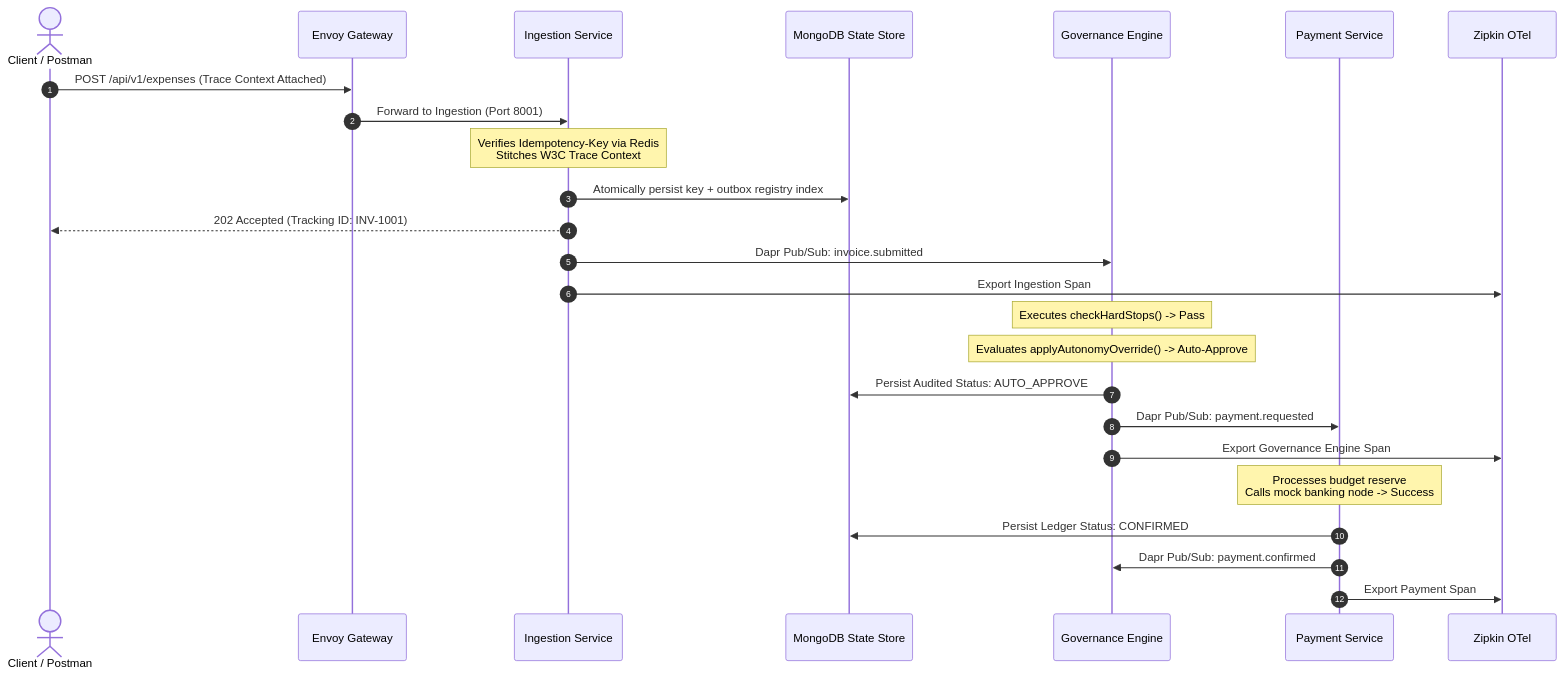
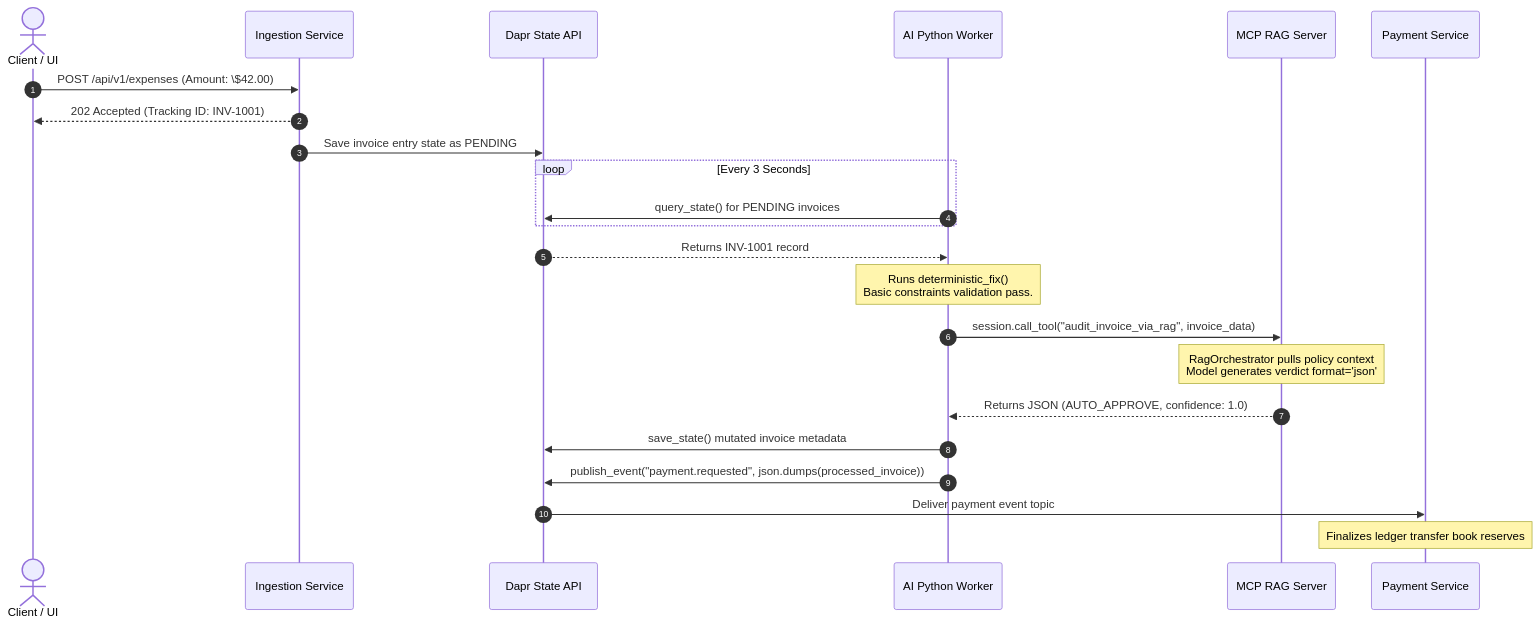
One commit to roman-shneer/InvoiceApprovalFlow changed the second of 4 diagrams in docs/ARCHITECTURE.md. Above: the diagram before and after it, drawn with Mermaid. The commit also changed other lines of this file and 16 other files, not shown here.

First line of the commit message:
feat(ai-service): migrate to qwen2.5-coder, integrate dapr state query and fix mcp runtime pipeline

````diff
--- a/docs/ARCHITECTURE.md
+++ b/docs/ARCHITECTURE.md
@@ -67,32 +62,30 @@
 ```mermaid
 sequenceDiagram
     autonumber
-    actor Client as Client / Postman
-    participant Envoy as Envoy Gateway
+    actor Client as Client / UI
     participant IS as Ingestion Service
-    participant DB as MongoDB State Store
-    participant GS as Governance Engine
+    participant Dapr as Dapr State API
+    participant AW as AI Python Worker
+    participant MS as MCP RAG Server
     participant PS as Payment Service
-    participant ZK as Zipkin OTel
 
-    Client->>Envoy: POST /api/v1/expenses (Trace Context Attached)
-    Envoy->>IS: Forward to Ingestion (Port 8001)
-    Note over IS: Verifies Idempotency-Key via Redis<br/>Stitches W3C Trace Context
-    IS->>DB: Atomically persist key + outbox registry index
+    Client->>IS: POST /api/v1/expenses (Amount: \$42.00)
     IS-->>Client: 202 Accepted (Tracking ID: INV-1001)
+    IS->>Dapr: Save invoice entry state as PENDING
     
-    IS->>GS: Dapr Pub/Sub: invoice.submitted
-    IS->>ZK: Export Ingestion Span
+    loop Every 3 Seconds
+        AW->>Dapr: query_state() for PENDING invoices
+    end
+    Dapr-->>AW: Returns INV-1001 record
     
-    Note over GS: Executes checkHardStops() -> Pass
-    Note over GS: Evaluates applyAutonomyOverride() -> Auto-Approve
-    GS->>DB: Persist Audited Status: AUTO_APPROVE
+    Note over AW: Runs deterministic_fix()<br/>Basic constraints validation pass.
+    AW->>MS: session.call_tool("audit_invoice_via_rag", invoice_data)
+    Note over MS: RagOrchestrator pulls policy context<br/>Model generates verdict format='json'
+    MS-->>AW: Returns JSON (AUTO_APPROVE, confidence: 1.0)
     
-    GS->>PS: Dapr Pub/Sub: payment.requested
-    GS->>ZK: Export Governance Engine Span
+    AW->>Dapr: save_state() mutated invoice metadata
+    AW->>Dapr: publish_event("payment.requested", json.dumps(processed_invoice))
     
-    Note over PS: Processes budget reserve<br/>Calls mock banking node -> Success
-    PS->>DB: Persist Ledger Status: CONFIRMED
-    PS->>GS: Dapr Pub/Sub: payment.confirmed
-    PS->>ZK: Export Payment Span
+    Dapr->>PS: Deliver payment event topic
+    Note over PS: Finalizes ledger transfer book reserves
 ```
````
